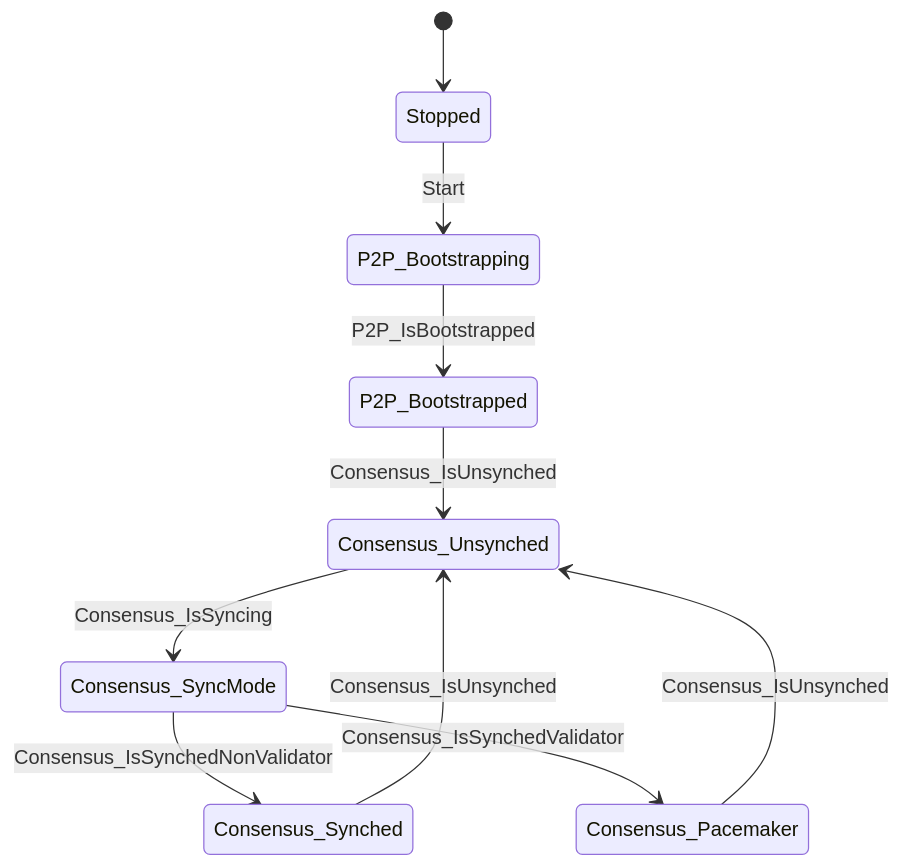
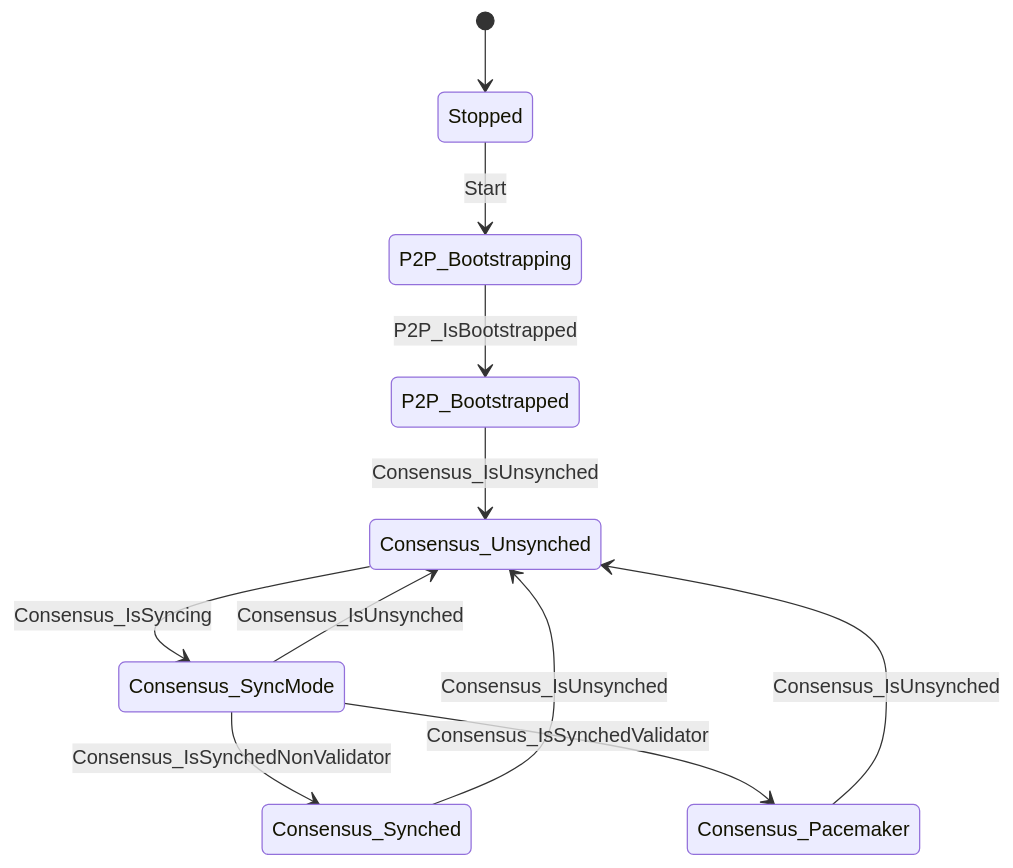
The diagram in state_machine/docs/state-machine.diagram.md (pokt-network/pocket), drawn with Mermaid before and after one commit. The commit also changed 8 other files, not shown here.

````diff
--- a/state_machine/docs/state-machine.diagram.md
+++ b/state_machine/docs/state-machine.diagram.md
@@ -5,12 +5,13 @@
 ```mermaid
 stateDiagram-v2
     [*] --> Stopped
     Consensus_Pacemaker --> Consensus_Unsynched: Consensus_IsUnsynched
     Consensus_SyncMode --> Consensus_Synched: Consensus_IsSynchedNonValidator
     Consensus_SyncMode --> Consensus_Pacemaker: Consensus_IsSynchedValidator
+    Consensus_SyncMode --> Consensus_Unsynched: Consensus_IsUnsynched
     Consensus_Synched --> Consensus_Unsynched: Consensus_IsUnsynched
     Consensus_Unsynched --> Consensus_SyncMode: Consensus_IsSyncing
     P2P_Bootstrapped --> Consensus_Unsynched: Consensus_IsUnsynched
     P2P_Bootstrapping --> P2P_Bootstrapped: P2P_IsBootstrapped
     Stopped --> P2P_Bootstrapping: Start
 ```
````
